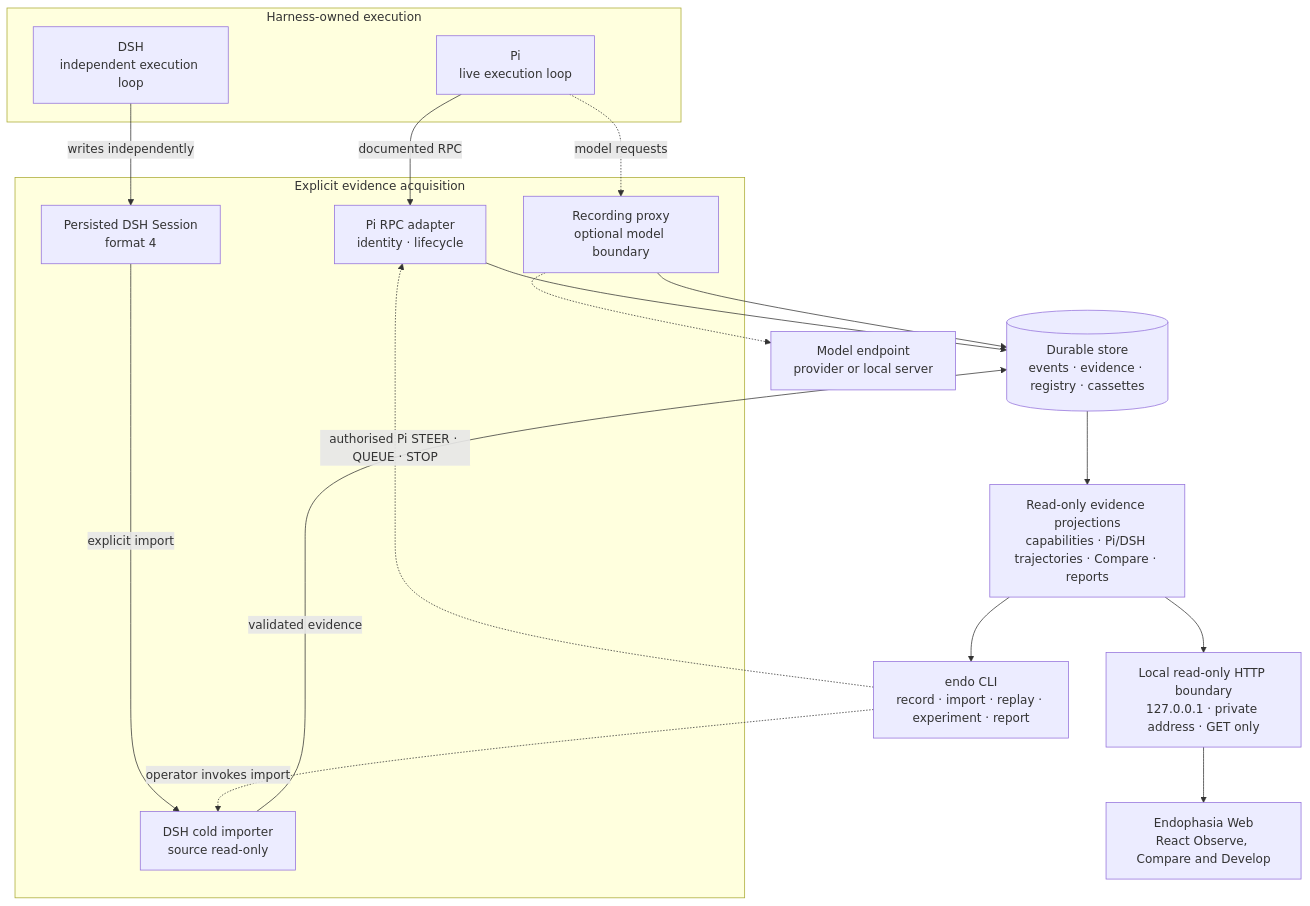
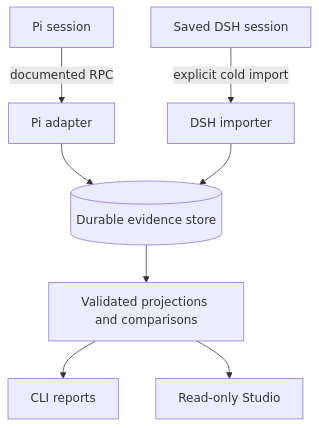
The diagram in README.md (noctem-o/endophasia), drawn with Mermaid before and after one commit. The commit also changed other lines of this file, not shown here.

Commit message:
docs: refresh README for the live Pi workbench and current research

````diff
--- a/README.md
+++ b/README.md
@@ -238,34 +239,10 @@
-~~~mermaid
+```mermaid
 flowchart TB
-    subgraph native["Harness-owned execution"]
-        H["Pi<br/>live execution loop"]
-        D["DSH<br/>independent execution loop"]
-    end
-    subgraph acquisition["Explicit evidence acquisition"]
-        A["Pi RPC adapter<br/>identity · lifecycle"]
-        X["Recording proxy<br/>optional model boundary"]
-        L["Persisted DSH Session<br/>format 4"]
-        I["DSH cold importer<br/>source read-only"]
-    end
-    M["Model endpoint<br/>provider or local server"]
-    S[("Durable store<br/>events · evidence · registry · cassettes")]
-    V["Read-only evidence projections<br/>capabilities · Pi/DSH trajectories · Compare · reports"]
-    C["endo CLI<br/>record · import · replay · experiment · report"]
-    N["Local read-only HTTP boundary<br/>127.0.0.1 · private address · GET only"]
-    U["Endophasia Web<br/>React Observe, Compare and Develop"]
-
-    H -->|"documented RPC"| A
-    H -.->|"model requests"| X
-    X -.-> M
-    D -->|"writes independently"| L
-    L -->|"explicit import"| I
-    A --> S
-    X --> S
-    I -->|"validated evidence"| S
-    S --> V
-    V --> C
-    V --> N
-    N --> U
-    C -.->|"authorised Pi STEER · QUEUE · STOP"| A
-    C -.->|"operator invokes import"| I
-~~~
+    P["Pi session"] -->|"documented RPC"| A["Pi adapter"]
+    D["Saved DSH session"] -->|"explicit cold import"| I["DSH importer"]
+    A --> S[("Durable evidence store")]
+    I --> S
+    S --> V["Validated projections and comparisons"]
+    V --> C["CLI reports"]
+    V --> W["Read-only Studio"]
+```
````
